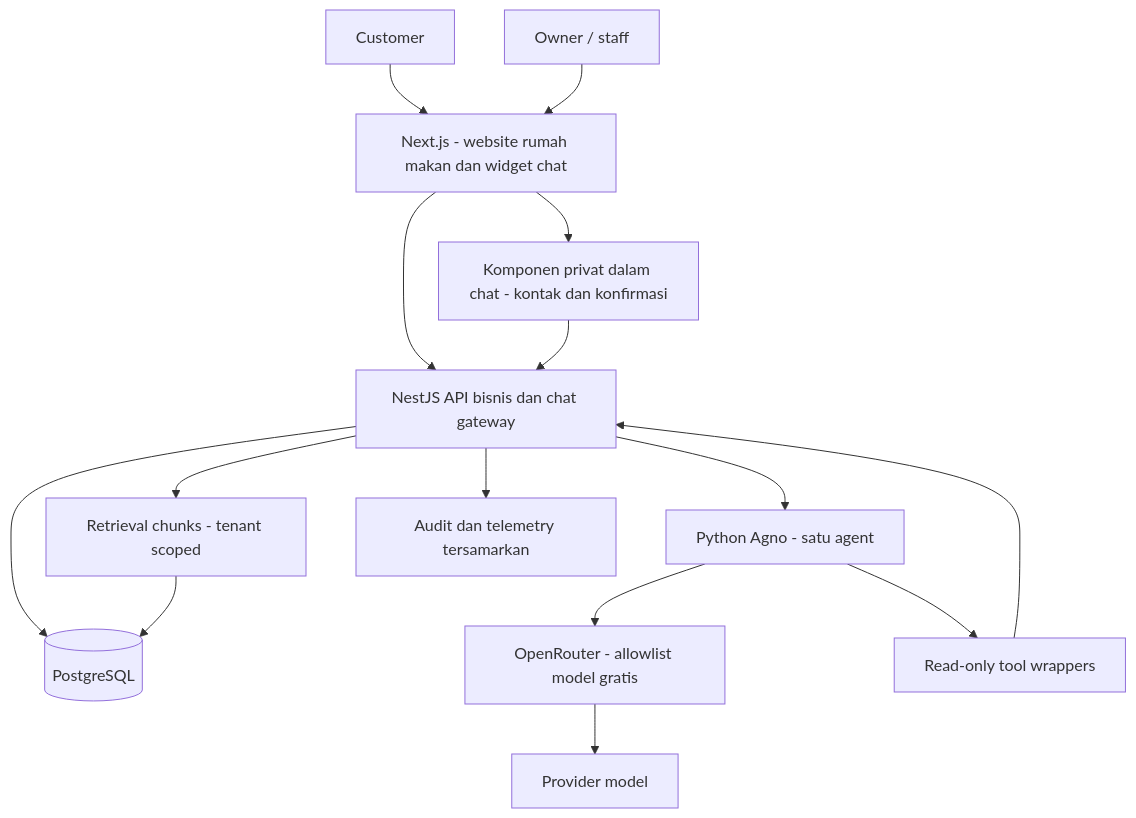
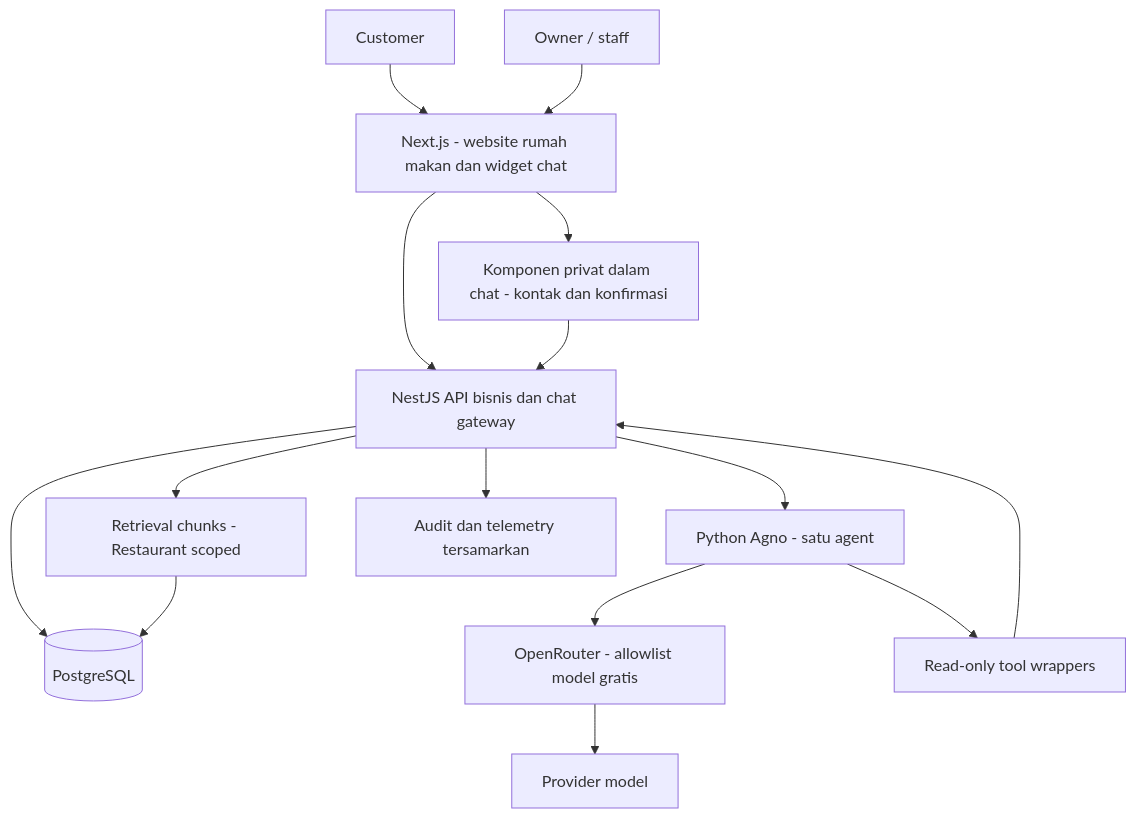
Before and after one commit to wisnufadhillah/Restaurant-Mulit-Tenant: the third of 9 diagrams in PRD — Restaurant Assistant MVP.md, drawn with Mermaid. The commit also changed other lines of this file and 2 other files, not shown here.

Commit message:
docs: align restaurant domain and chatbot flow

````diff
--- a/PRD — Restaurant Assistant MVP.md
+++ b/PRD — Restaurant Assistant MVP.md
@@ -219,17 +219,17 @@
 ```mermaid
 flowchart TB
     Customer[Customer] --> Web[Next.js - website rumah makan dan widget chat]
     Staff[Owner / staff] --> Web
     Web --> API[NestJS API bisnis dan chat gateway]
     API --> DB[(PostgreSQL)]
     API --> AI[Python Agno - satu agent]
     AI --> Router[OpenRouter - allowlist model gratis]
     Router --> LLM[Provider model]
     AI --> Tools[Read-only tool wrappers]
     Tools --> API
-    API --> Retrieval[Retrieval chunks - tenant scoped]
+    API --> Retrieval[Retrieval chunks - Restaurant scoped]
     Retrieval --> DB
     API --> Audit[Audit dan telemetry tersamarkan]
     Web --> Confirm[Komponen privat dalam chat - kontak dan konfirmasi]
     Confirm --> API
 ```
````
